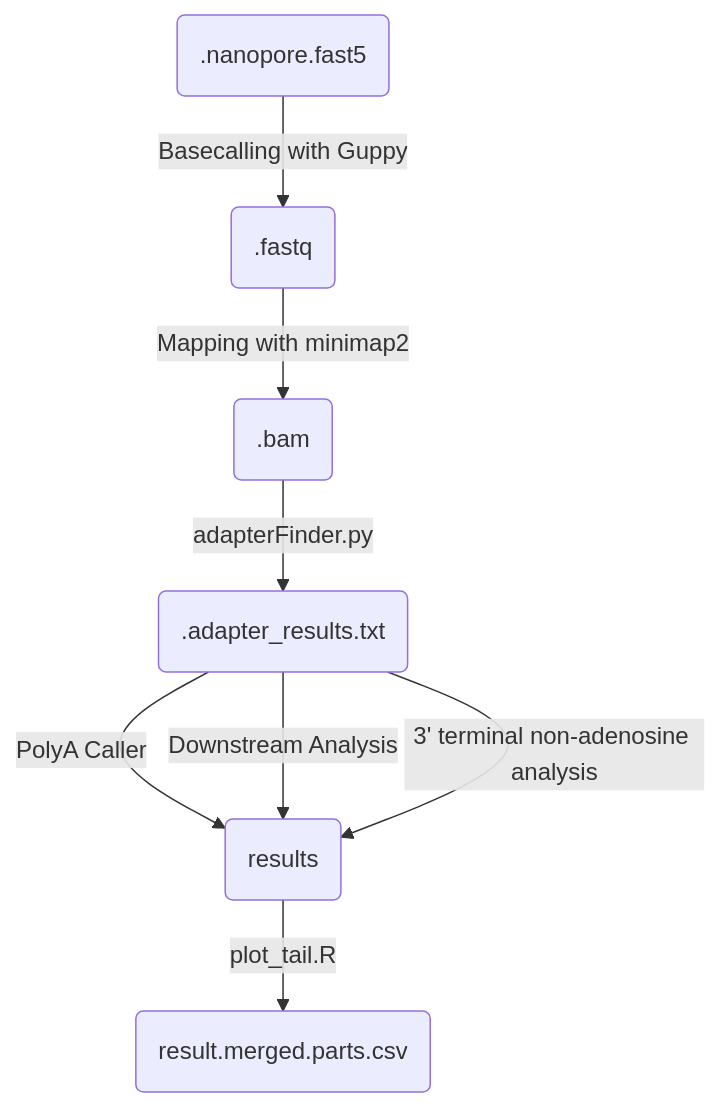
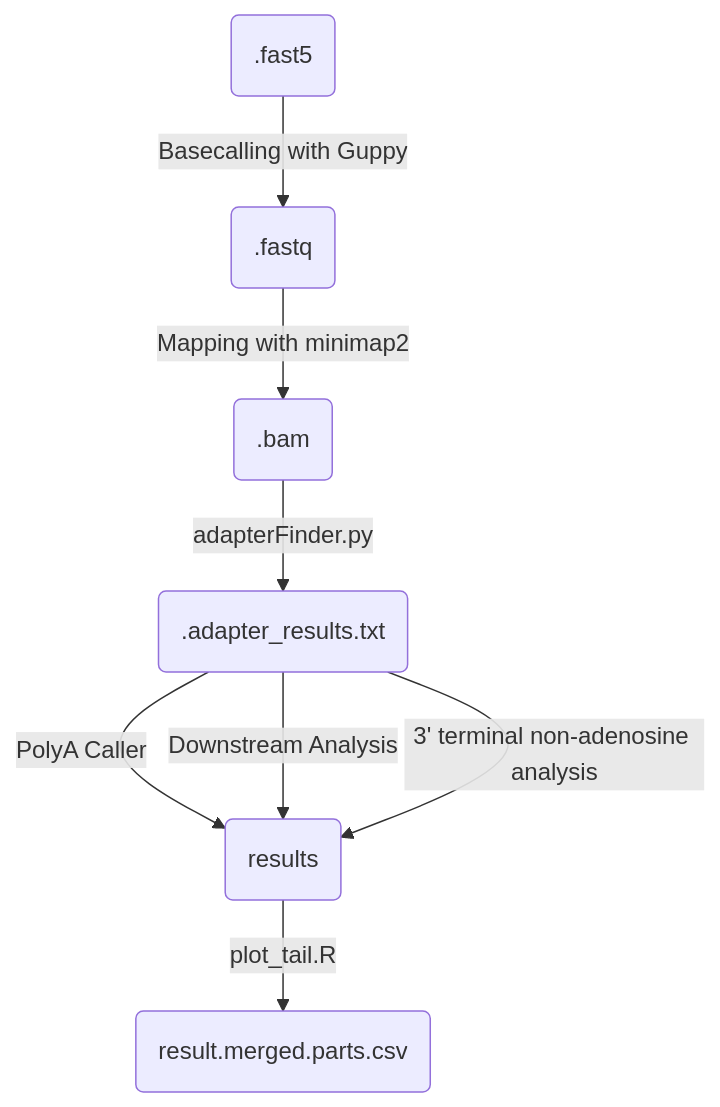
Before and after one commit to jackson-peter/NanoRACE: the diagram in README.md, drawn with Mermaid. The commit also changed other lines of this file and 3 other files, not shown here.

````diff
--- a/README.md
+++ b/README.md
@@ -14,11 +14,11 @@
 ```mermaid
 graph TD
-    A(.nanopore.fast5) --> |Basecalling with Guppy| B(.fastq)
+    A(.fast5) --> |Basecalling with Guppy| B(.fastq)
     B --> |Mapping with minimap2| C(.bam)
     C --> |adapterFinder.py| D(.adapter_results.txt)
     D --> |PolyA Caller| E(results)
     D --> |Downstream Analysis|E(results)
     D --> |3' terminal non-adenosine analysis|E(results)
     E --> |plot_tail.R| F(result.merged.parts.csv)
 
 ```
````
